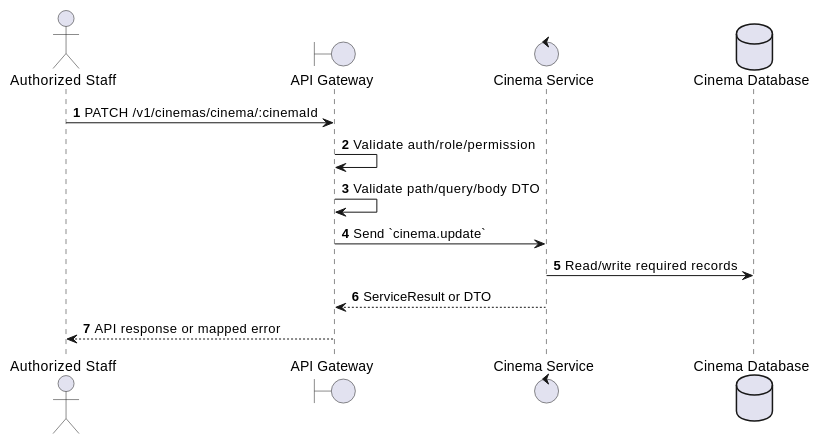
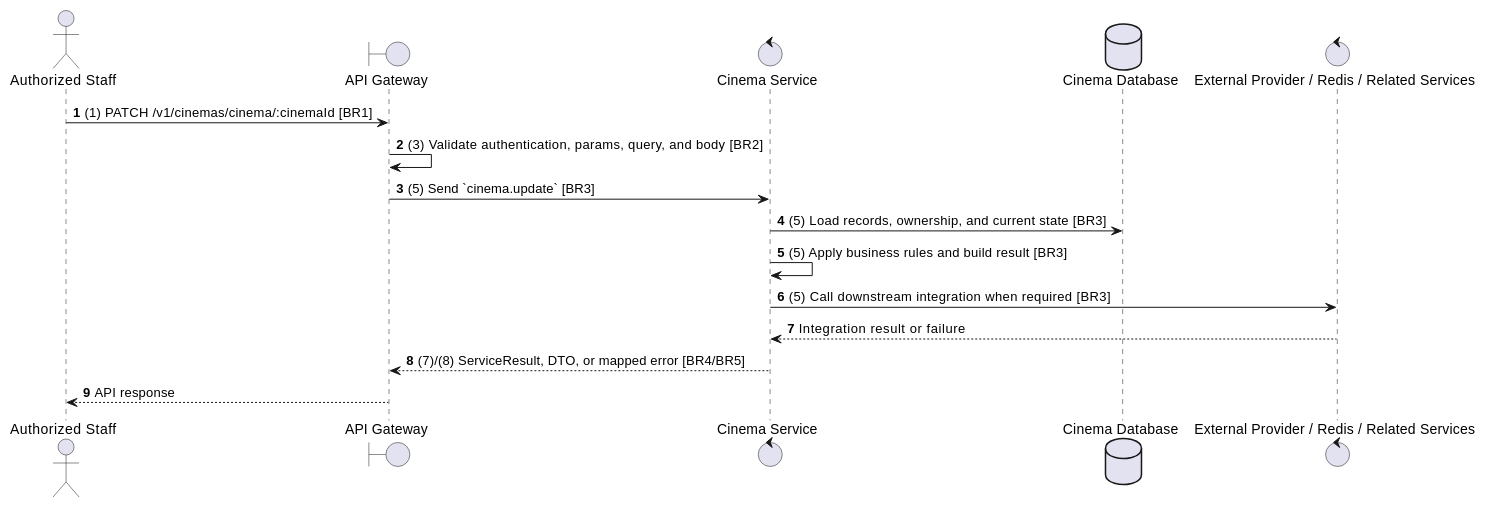
The second of 2 diagrams in docs/functional_specs/3.2.1_Cinema_Management/CM-03_Update_Cinema.md (Tanh1603/movie-hub-architecture), drawn with PlantUML before and after one commit. The commit also changed other lines of this file and 129 other files, not shown here.

````diff
--- a/docs/functional_specs/3.2.1_Cinema_Management/CM-03_Update_Cinema.md
+++ b/docs/functional_specs/3.2.1_Cinema_Management/CM-03_Update_Cinema.md
@@ -17,17 +64,20 @@
 ```plantuml
 @startuml
 autonumber
 actor "Authorized Staff" as Actor
 boundary "API Gateway" as GW
 control "Cinema Service" as SVC
 database "Cinema Database" as DB
+control "External Provider / Redis / Related Services" as EXT
 
-Actor -> GW: PATCH /v1/cinemas/cinema/:cinemaId
-GW -> GW: Validate auth/role/permission
-GW -> GW: Validate path/query/body DTO
-GW -> SVC: Send `cinema.update`
-SVC -> DB: Read/write required records
-SVC --> GW: ServiceResult or DTO
-GW --> Actor: API response or mapped error
+Actor -> GW: (1) PATCH /v1/cinemas/cinema/:cinemaId [BR1]
+GW -> GW: (3) Validate authentication, params, query, and body [BR2]
+GW -> SVC: (5) Send `cinema.update` [BR3]
+SVC -> DB: (5) Load records, ownership, and current state [BR3]
+SVC -> SVC: (5) Apply business rules and build result [BR3]
+SVC -> EXT: (5) Call downstream integration when required [BR3]
+EXT --> SVC: Integration result or failure
+SVC --> GW: (7)/(8) ServiceResult, DTO, or mapped error [BR4/BR5]
+GW --> Actor: API response
 @enduml
 ```
````
